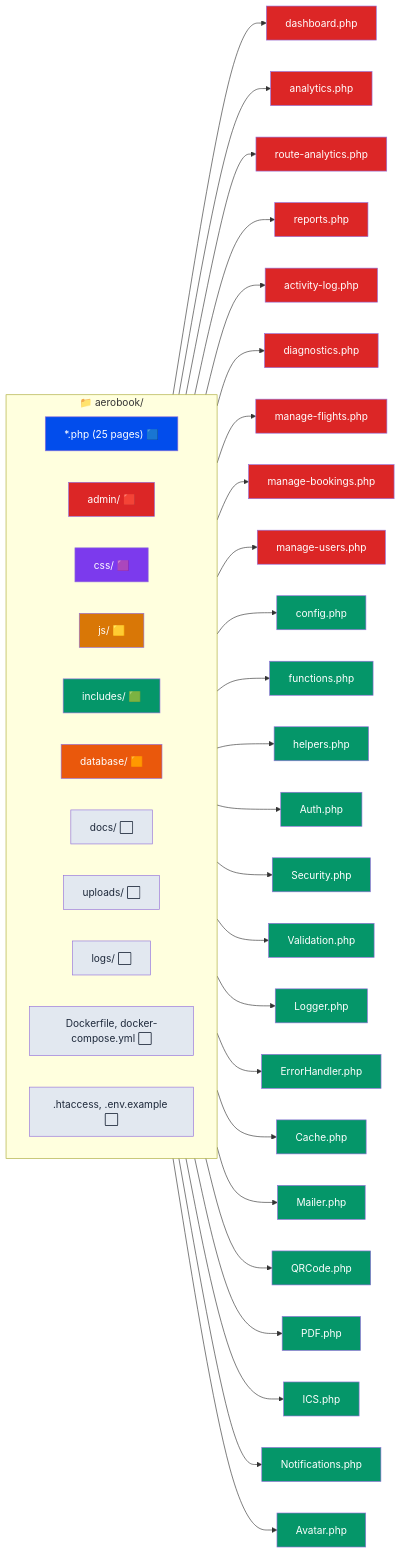
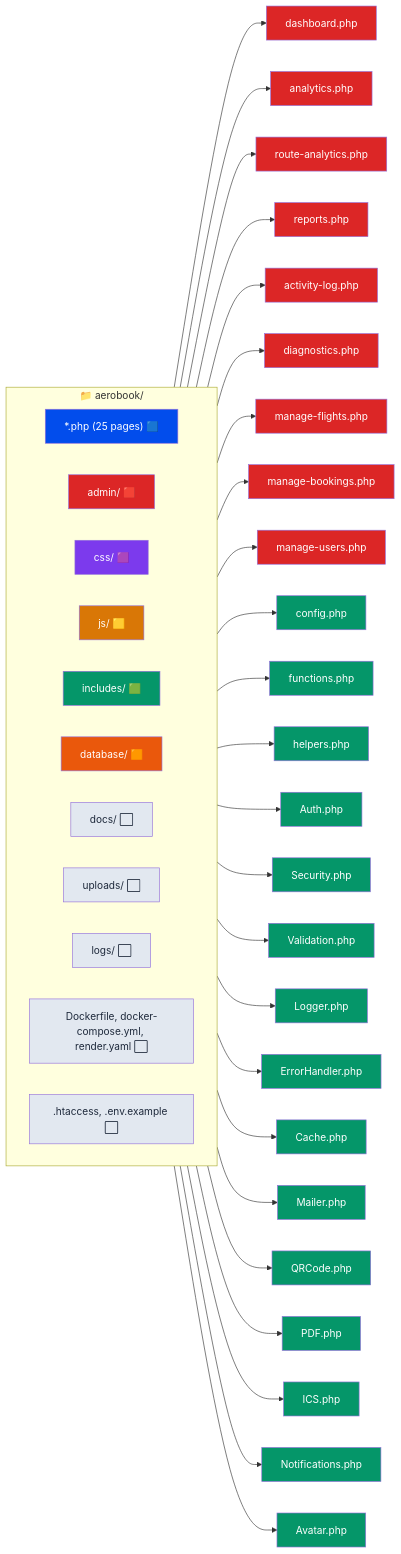
One commit to suman2308/airline-reservation-system changed the third of 4 diagrams in README.md. Above: the diagram before and after it, drawn with Mermaid. The commit also changed other lines of this file and 84 other files, not shown here.

````diff
--- a/README.md
+++ b/README.md
@@ -149,59 +149,59 @@
 ```mermaid
 graph LR
     subgraph Root["📁 aerobook/"]
         direction LR
         ROOT_FILES["*.php (25 pages) 🟦"]
         ADMIN["admin/ 🟥"]
         CSS["css/ 🟪"]
         JS["js/ 🟨"]
         INC["includes/ 🟩"]
         DB["database/ 🟧"]
         DOCS["docs/ ⬜"]
         UPLOADS["uploads/ ⬜"]
         LOGS["logs/ ⬜"]
-        DOCKER["Dockerfile, docker-compose.yml ⬜"]
+        DOCKER["Dockerfile, docker-compose.yml, render.yaml ⬜"]
         CFG[".htaccess, .env.example ⬜"]
     end
 
     ADMIN --> ADASH[dashboard.php]
     ADMIN --> AANA[analytics.php]
     ADMIN --> AROUTE[route-analytics.php]
     ADMIN --> AREP[reports.php]
     ADMIN --> ALOG[activity-log.php]
     ADMIN --> ADIAG[diagnostics.php]
     ADMIN --> AFLT[manage-flights.php]
     ADMIN --> ABK[manage-bookings.php]
     ADMIN --> AUSR[manage-users.php]
 
     INC --> ICONF[config.php]
     INC --> IFUNC[functions.php]
     INC --> IHELP[helpers.php]
     INC --> IAUTH[Auth.php]
     INC --> ISEC[Security.php]
     INC --> IVAL[Validation.php]
     INC --> ILOG[Logger.php]
     INC --> IERR[ErrorHandler.php]
     INC --> ICACHE[Cache.php]
     INC --> IML[Mailer.php]
     INC --> IQR[QRCode.php]
     INC --> IPDF[PDF.php]
     INC --> IICS[ICS.php]
     INC --> INOT[Notifications.php]
     INC --> IAV[Avatar.php]
 
     classDef blue fill:#024dec,color:#fff
     classDef red fill:#dc2626,color:#fff
     classDef purple fill:#7c3aed,color:#fff
     classDef yellow fill:#d97706,color:#fff
     classDef green fill:#059669,color:#fff
     classDef orange fill:#ea580c,color:#fff
     classDef white fill:#e2e8f0,color:#1e293b
 
     class ROOT_FILES blue
     class ADMIN,ADASH,AANA,AROUTE,AREP,ALOG,ADIAG,AFLT,ABK,AUSR red
     class CSS purple
     class JS yellow
     class INC,ICONF,IFUNC,IHELP,IAUTH,ISEC,IVAL,ILOG,IERR,ICACHE,IML,IQR,IPDF,IICS,INOT,IAV green
     class DB orange
     class DOCS,UPLOADS,LOGS,DOCKER,CFG white
 ```
````
